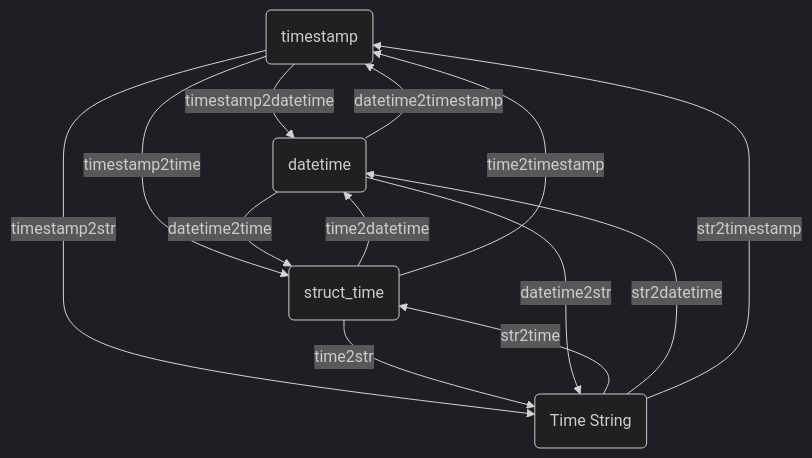
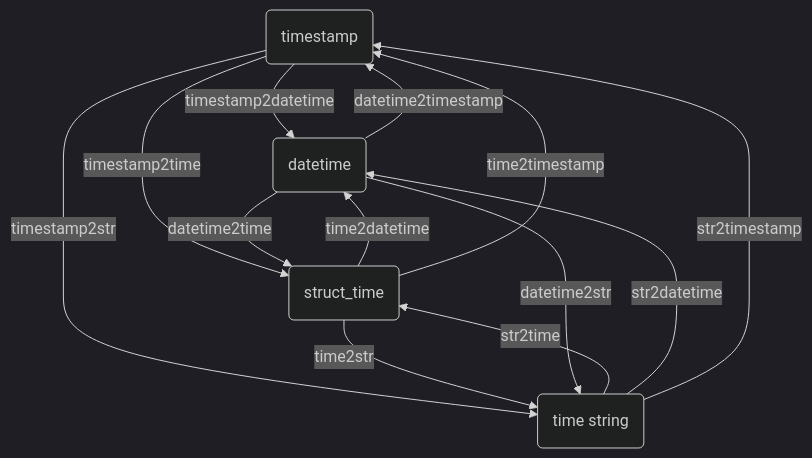
One commit to DocsaidLab/website changed the diagram in i18n/en/docusaurus-plugin-content-docs/current/capybara/funcs/time/time2time.md. Above: the diagram before and after it, drawn with Mermaid (dark theme). The commit also changed other lines of this file and 214 other files, not shown here.

````diff
--- a/i18n/en/docusaurus-plugin-content-docs/current/capybara/funcs/time/time2time.md
+++ b/i18n/en/docusaurus-plugin-content-docs/current/capybara/funcs/time/time2time.md
@@ -19,23 +15,23 @@
 ```mermaid
 graph TD
     timestamp(timestamp)
     struct_time(struct_time)
     datetime(datetime)
-    str(Time String)
+    str(time string)
 
     timestamp -->|timestamp2datetime| datetime
     timestamp -->|timestamp2time| struct_time
     timestamp -->|timestamp2str| str
 
     struct_time -->|time2datetime| datetime
     struct_time -->|time2timestamp| timestamp
     struct_time -->|time2str| str
 
     datetime -->|datetime2time| struct_time
     datetime -->|datetime2timestamp| timestamp
     datetime -->|datetime2str| str
 
     str -->|str2time| struct_time
     str -->|str2datetime| datetime
     str -->|str2timestamp| timestamp
 ```
````
